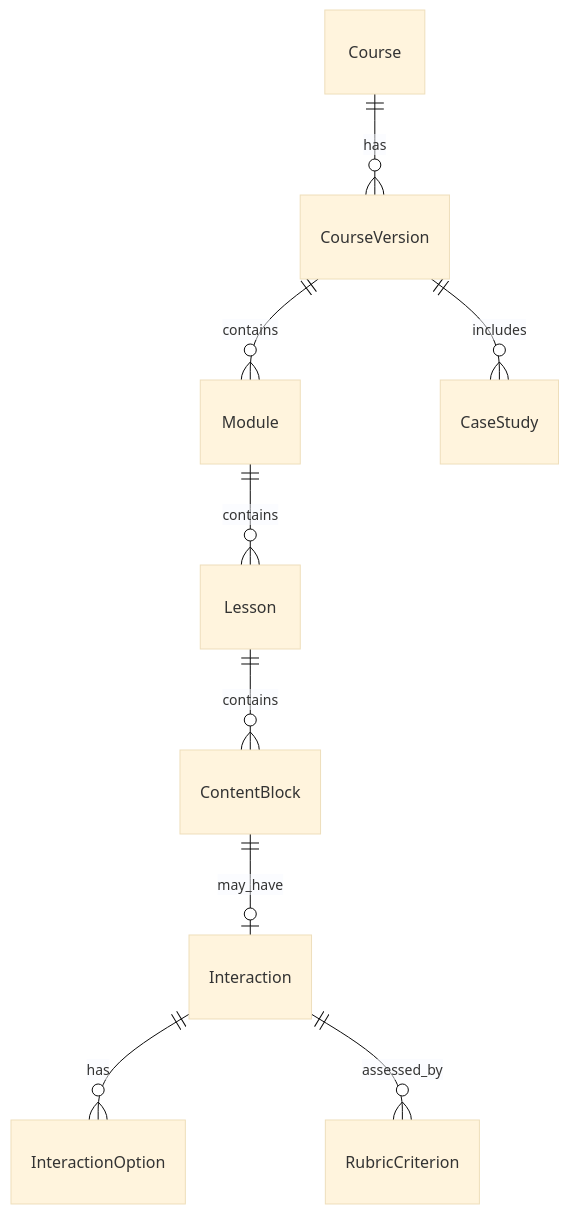
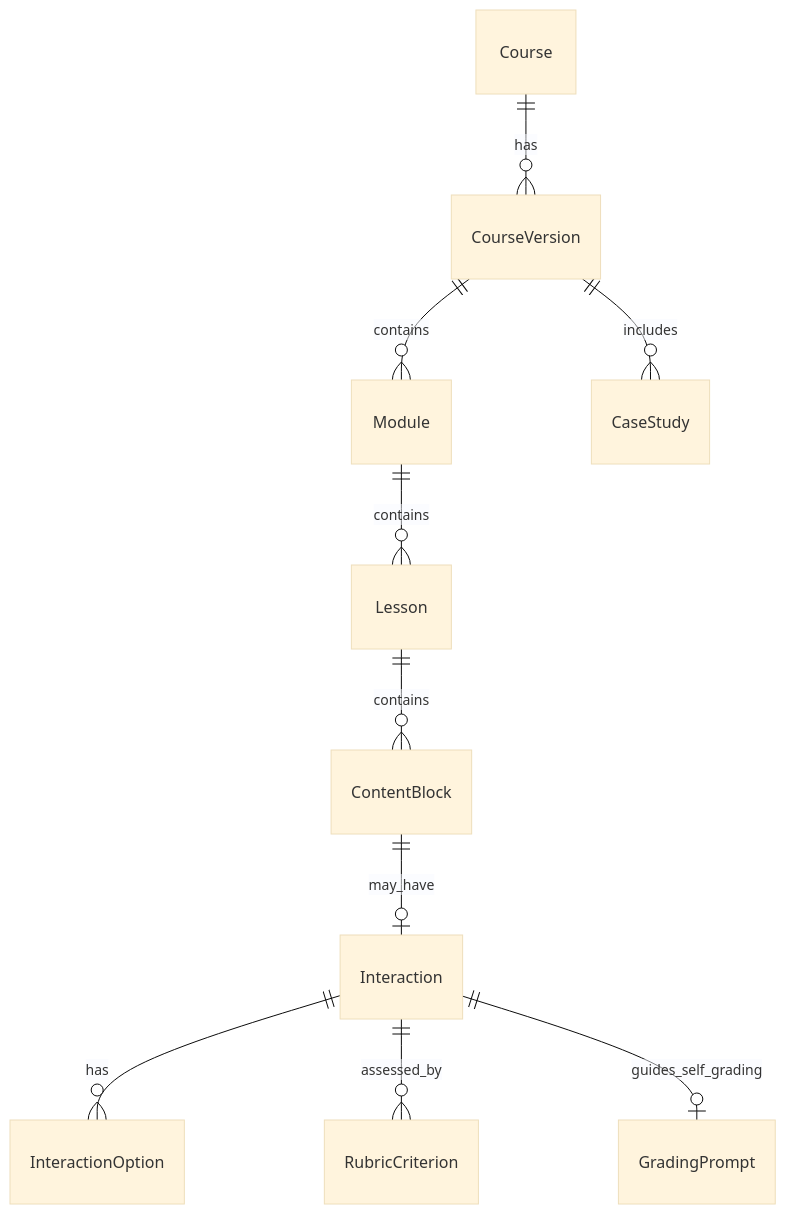
One commit to learn-database/workbook-platform changed the second of 6 diagrams in docs/design/database-schema.md. Above: the diagram before and after it, drawn with Mermaid (base theme). The commit also changed other lines of this file and 5 other files, not shown here.

Commit message:
Make grading model self-guided

````diff
--- a/docs/design/database-schema.md
+++ b/docs/design/database-schema.md
@@ -85,11 +86,12 @@
 ```mermaid
 erDiagram
     Course ||--o{ CourseVersion : has
     CourseVersion ||--o{ Module : contains
     Module ||--o{ Lesson : contains
     Lesson ||--o{ ContentBlock : contains
     ContentBlock ||--o| Interaction : may_have
     Interaction ||--o{ InteractionOption : has
     Interaction ||--o{ RubricCriterion : assessed_by
+    Interaction ||--o| GradingPrompt : guides_self_grading
     CourseVersion ||--o{ CaseStudy : includes
 ```
````
